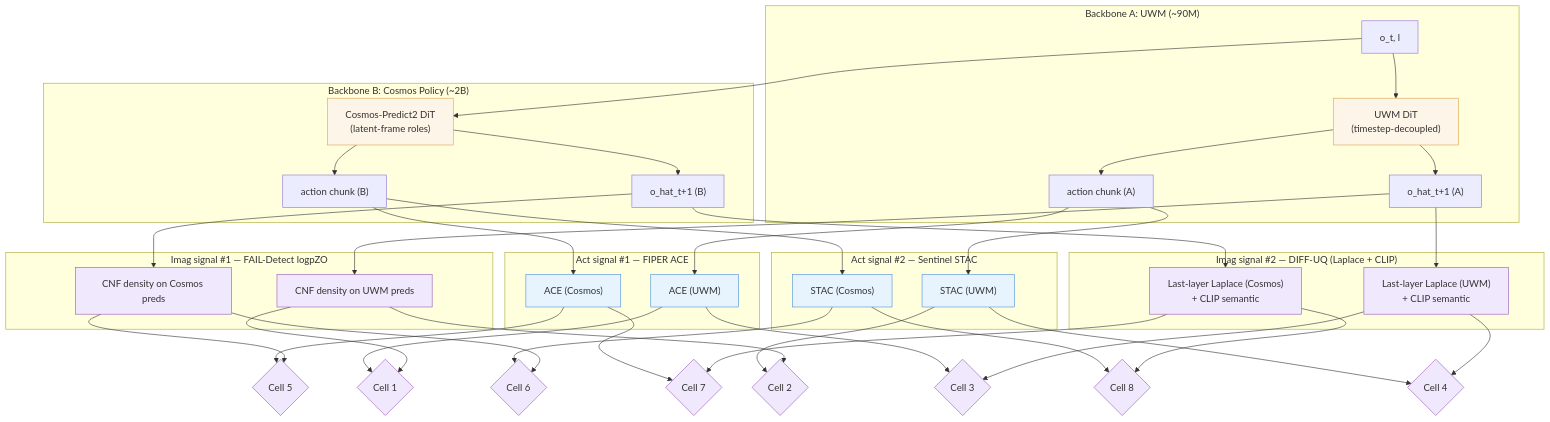
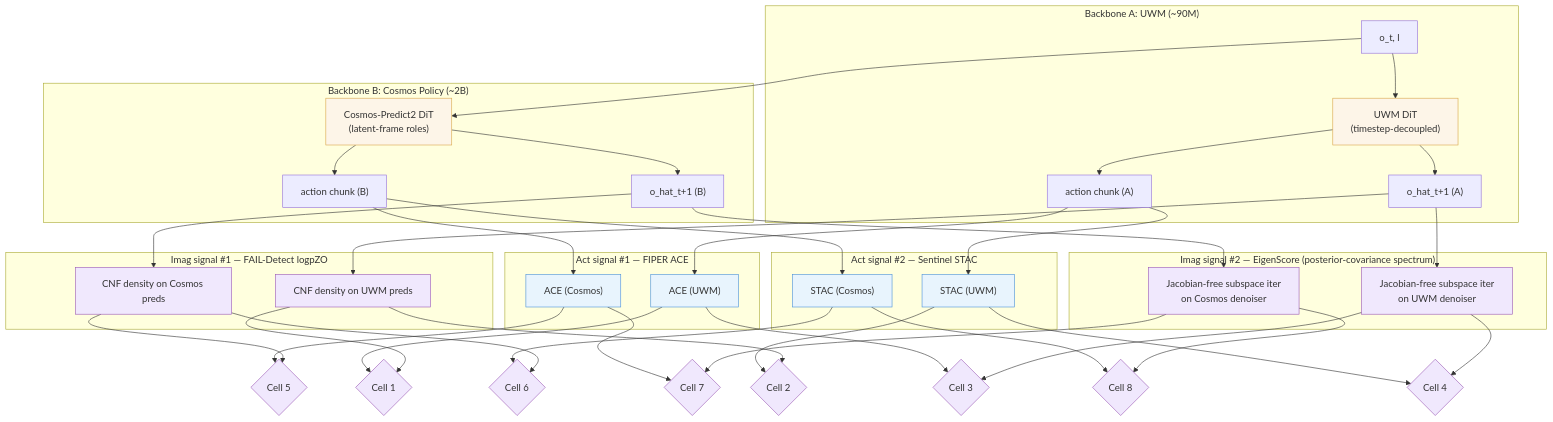
Before and after one commit to ChuaHanChong/ResearchBrain: the diagram in _Projects_/01_FirstPublication_2/02_Self-Discovering-WAM-Roadmap.md, drawn with Mermaid. The commit also changed other lines of this file and 48 other files, not shown here.

````diff
--- a/_Projects_/01_FirstPublication_2/02_Self-Discovering-WAM-Roadmap.md
+++ b/_Projects_/01_FirstPublication_2/02_Self-Discovering-WAM-Roadmap.md
@@ -132,60 +132,60 @@
 ```mermaid
 graph TD
     OBS["o_t, l"]
 
     subgraph "Backbone A: UWM (~90M)"
         OBS --> UWM["UWM DiT<br/>(timestep-decoupled)"]
         UWM --> OHAT_A["o_hat_t+1 (A)"]
         UWM --> ACHUNK_A["action chunk (A)"]
     end
 
     subgraph "Backbone B: Cosmos Policy (~2B)"
         OBS --> COS["Cosmos-Predict2 DiT<br/>(latent-frame roles)"]
         COS --> OHAT_B["o_hat_t+1 (B)"]
         COS --> ACHUNK_B["action chunk (B)"]
     end
 
     subgraph "Imag signal #1 — FAIL-Detect logpZO"
         OHAT_A --> LPZ_A["CNF density on UWM preds"]
         OHAT_B --> LPZ_B["CNF density on Cosmos preds"]
     end
 
-    subgraph "Imag signal #2 — DIFF-UQ (Laplace + CLIP)"
-        OHAT_A --> DUQ_A["Last-layer Laplace (UWM)<br/>+ CLIP semantic"]
-        OHAT_B --> DUQ_B["Last-layer Laplace (Cosmos)<br/>+ CLIP semantic"]
+    subgraph "Imag signal #2 — EigenScore (posterior-covariance spectrum)"
+        OHAT_A --> DUQ_A["Jacobian-free subspace iter<br/>on UWM denoiser"]
+        OHAT_B --> DUQ_B["Jacobian-free subspace iter<br/>on Cosmos denoiser"]
     end
 
     subgraph "Act signal #1 — FIPER ACE"
         ACHUNK_A --> ACE_A["ACE (UWM)"]
         ACHUNK_B --> ACE_B["ACE (Cosmos)"]
     end
 
     subgraph "Act signal #2 — Sentinel STAC"
         ACHUNK_A --> STAC_A["STAC (UWM)"]
         ACHUNK_B --> STAC_B["STAC (Cosmos)"]
     end
 
     LPZ_A --> C1{Cell 1}
     ACE_A --> C1
     LPZ_A --> C2{Cell 2}
     STAC_A --> C2
     DUQ_A --> C3{Cell 3}
     ACE_A --> C3
     DUQ_A --> C4{Cell 4}
     STAC_A --> C4
     LPZ_B --> C5{Cell 5}
     ACE_B --> C5
     LPZ_B --> C6{Cell 6}
     STAC_B --> C6
     DUQ_B --> C7{Cell 7}
     ACE_B --> C7
     DUQ_B --> C8{Cell 8}
     STAC_B --> C8
 
     classDef novel fill:#f0e8fd,stroke:#9b59b6
     classDef signal fill:#e8f4fd,stroke:#4a90d9
     classDef slot fill:#fdf5e8,stroke:#d9a64a
     class C1,C2,C3,C4,C5,C6,C7,C8,LPZ_A,LPZ_B,DUQ_A,DUQ_B novel
     class ACE_A,ACE_B,STAC_A,STAC_B signal
     class UWM,COS slot
 ```
````
